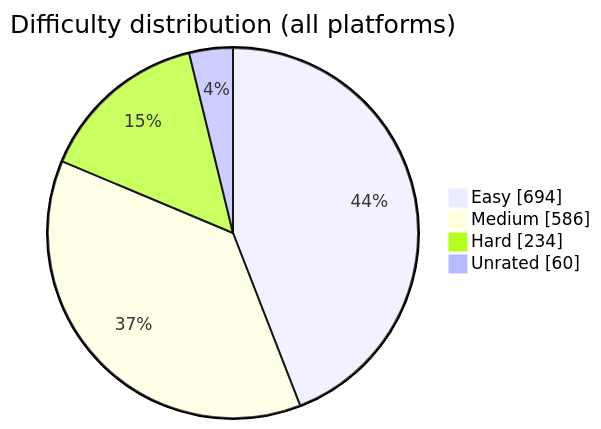
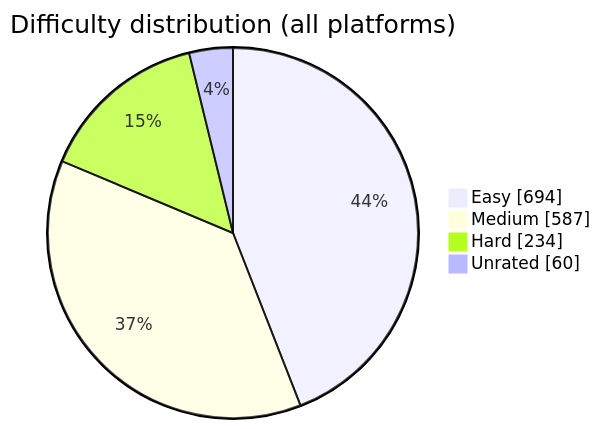
Before and after one commit to BuildbyArindam/Daily-Coding-Log: the diagram in README.md, drawn with Mermaid. The commit also changed other lines of this file, not shown here.

````diff
--- a/README.md
+++ b/README.md
@@ -93,7 +93,7 @@
 ```mermaid
 pie showData title Difficulty distribution (all platforms)
     "Easy" : 694
-    "Medium" : 586
+    "Medium" : 587
     "Hard" : 234
     "Unrated" : 60
 ```
````
